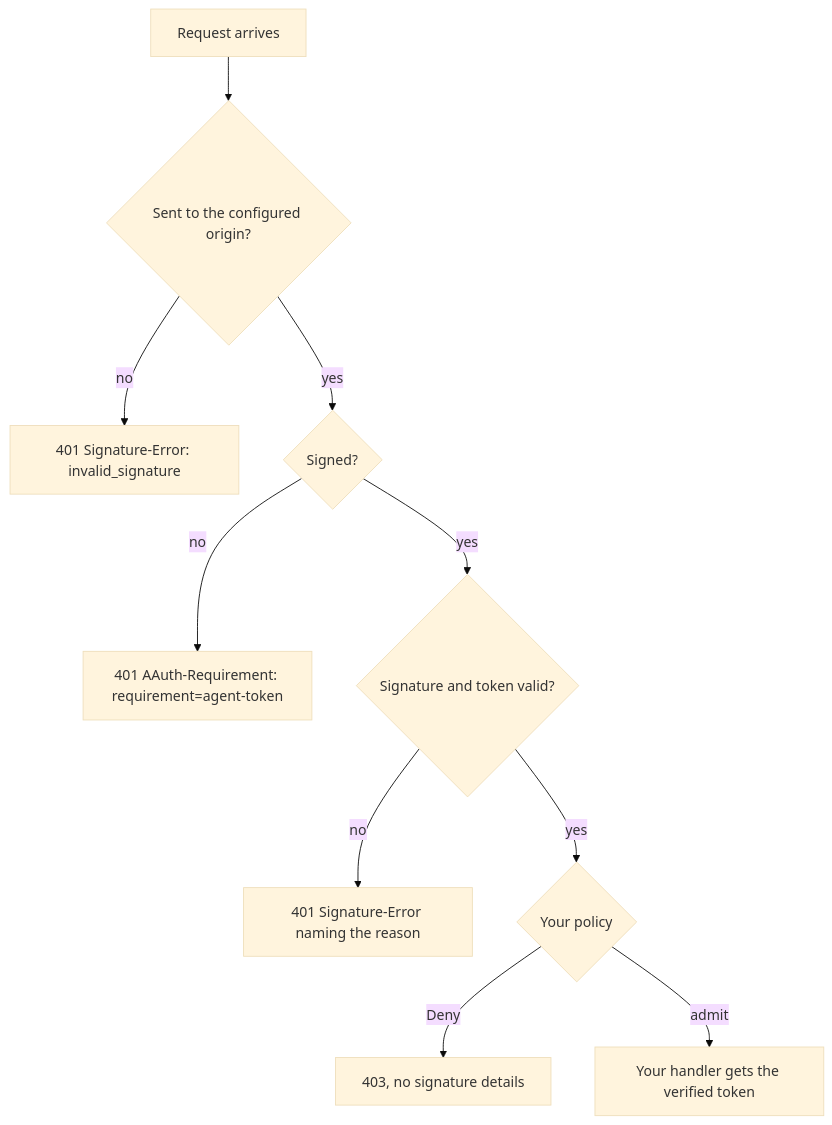
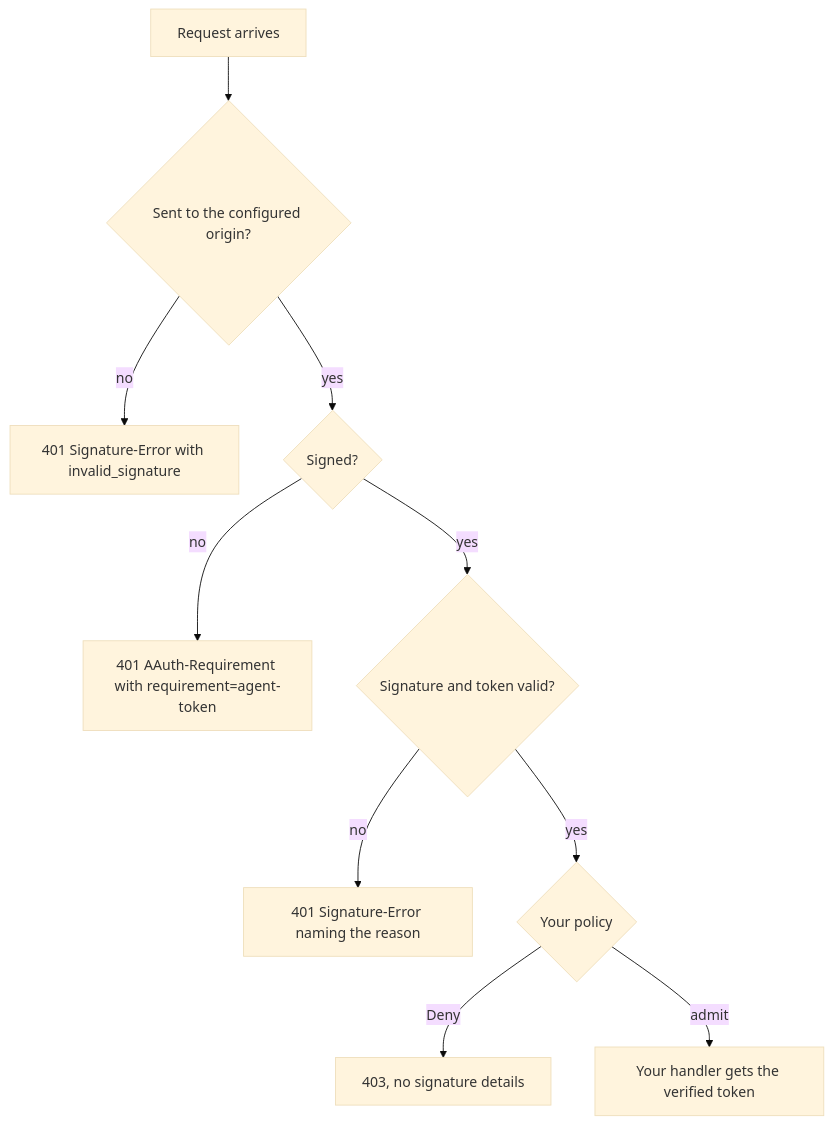
Before and after one commit to sidecat-dev/aauth-rust: the diagram in docs/roles/resource.md, drawn with Mermaid (base theme). The commit also changed 14 other files, not shown here.

First line of the commit message:
docs: make every mermaid diagram render on GitLab

````diff
--- a/docs/roles/resource.md
+++ b/docs/roles/resource.md
@@ -23,12 +23,12 @@
 ```mermaid
 flowchart TD
     A[Request arrives] --> B{Sent to the configured origin?}
-    B -->|no| R1[401 Signature-Error: invalid_signature]
+    B -->|no| R1[401 Signature-Error with invalid_signature]
     B -->|yes| C{Signed?}
-    C -->|no| R2[401 AAuth-Requirement: requirement=agent-token]
+    C -->|no| R2[401 AAuth-Requirement with requirement=agent-token]
     C -->|yes| D{Signature and token valid?}
     D -->|no| R3[401 Signature-Error naming the reason]
     D -->|yes| E{Your policy}
     E -->|Deny| R4[403, no signature details]
     E -->|admit| F[Your handler gets the verified token]
 ```
````
